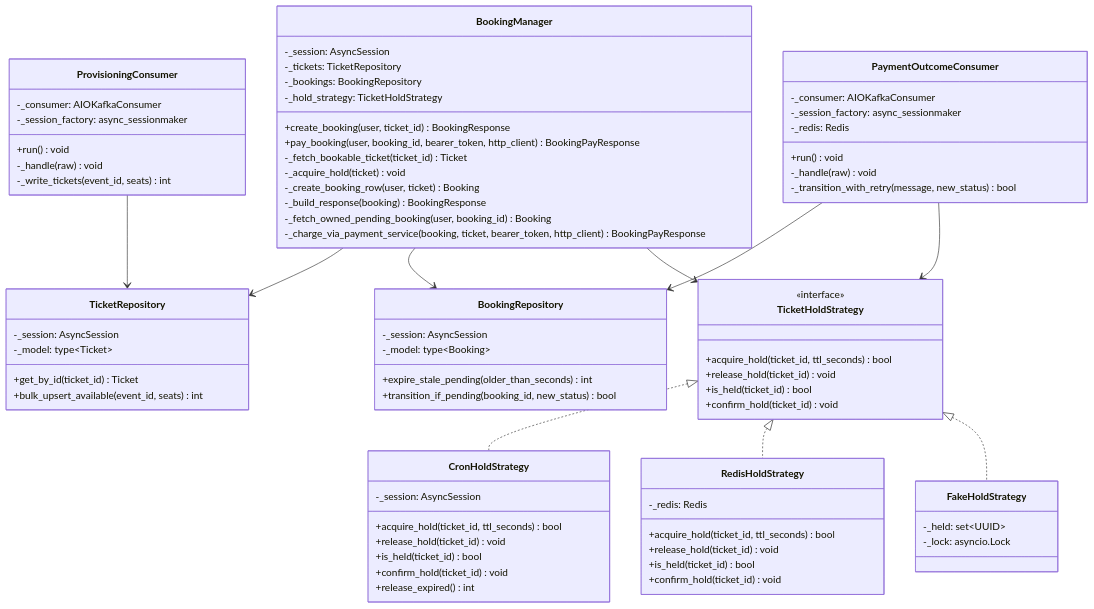
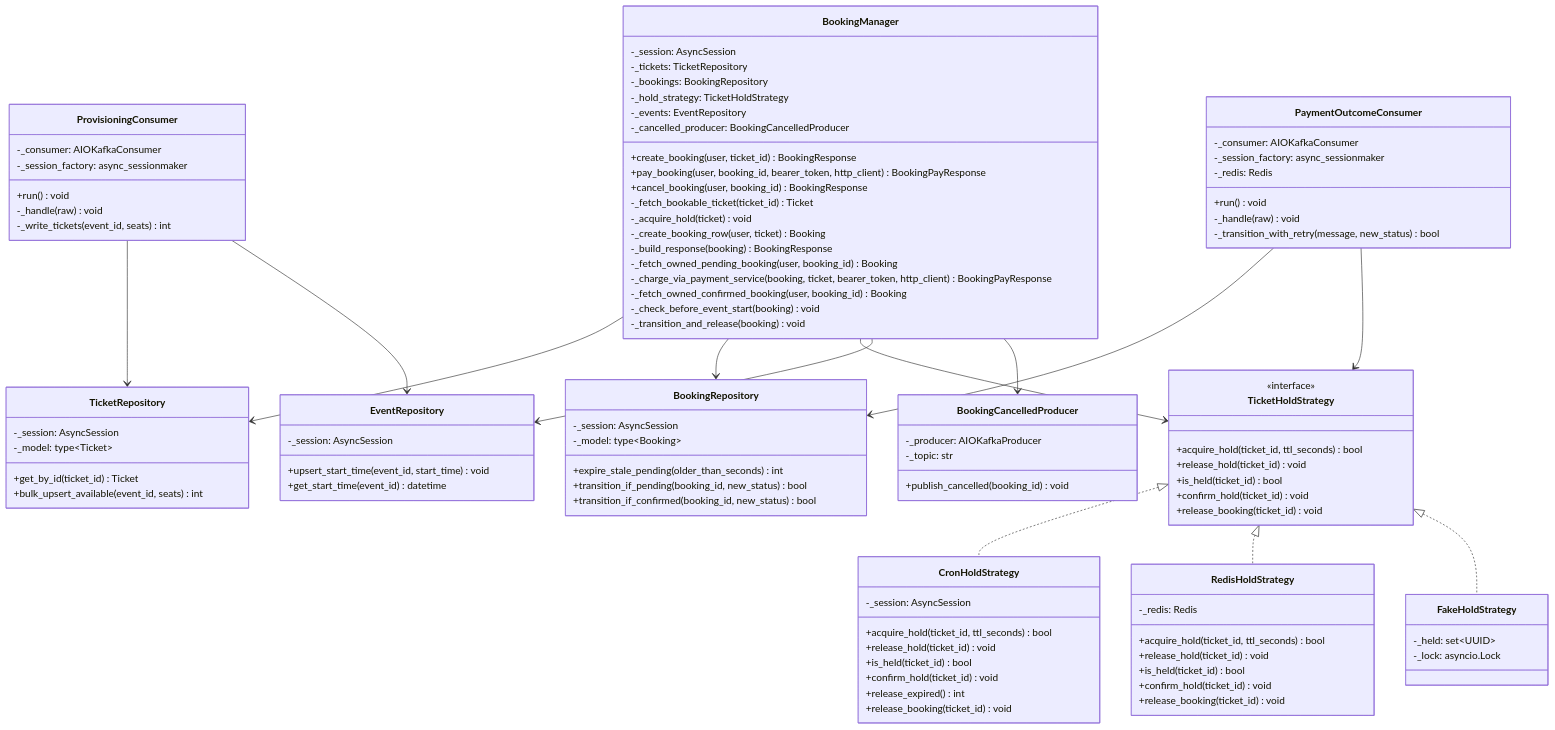
Before and after one commit to STRYKER316/event-ticketing-platform: the third of 4 diagrams in docs/report/class-diagrams.md, drawn with Mermaid. The commit also changed other lines of this file and 4 other files, not shown here.

Commit message:
docs: draft Phase 6 report chapters (requirement gathering, class diagrams, schema, testing strategy)

````diff
--- a/docs/report/class-diagrams.md
+++ b/docs/report/class-diagrams.md
@@ -197,14 +197,20 @@
         -_tickets: TicketRepository
         -_bookings: BookingRepository
         -_hold_strategy: TicketHoldStrategy
+        -_events: EventRepository
+        -_cancelled_producer: BookingCancelledProducer
         +create_booking(user, ticket_id) BookingResponse
         +pay_booking(user, booking_id, bearer_token, http_client) BookingPayResponse
+        +cancel_booking(user, booking_id) BookingResponse
         -_fetch_bookable_ticket(ticket_id) Ticket
         -_acquire_hold(ticket) void
         -_create_booking_row(user, ticket) Booking
         -_build_response(booking) BookingResponse
         -_fetch_owned_pending_booking(user, booking_id) Booking
         -_charge_via_payment_service(booking, ticket, bearer_token, http_client) BookingPayResponse
+        -_fetch_owned_confirmed_booking(user, booking_id) Booking
+        -_check_before_event_start(booking) void
+        -_transition_and_release(booking) void
     }
 
     class TicketRepository {
@@ -219,6 +225,19 @@
         -_model: type~Booking~
         +expire_stale_pending(older_than_seconds) int
         +transition_if_pending(booking_id, new_status) bool
+        +transition_if_confirmed(booking_id, new_status) bool
+    }
+
+    class EventRepository {
+        -_session: AsyncSession
+        +upsert_start_time(event_id, start_time) void
+        +get_start_time(event_id) datetime
+    }
+
+    class BookingCancelledProducer {
+        -_producer: AIOKafkaProducer
+        -_topic: str
+        +publish_cancelled(booking_id) void
     }
 
     class ProvisioningConsumer {
@@ -244,6 +263,7 @@
         +release_hold(ticket_id) void
         +is_held(ticket_id) bool
         +confirm_hold(ticket_id) void
+        +release_booking(ticket_id) void
     }
 
     class CronHoldStrategy {
@@ -253,6 +273,7 @@
         +is_held(ticket_id) bool
         +confirm_hold(ticket_id) void
         +release_expired() int
+        +release_booking(ticket_id) void
     }
 
     class RedisHoldStrategy {
@@ -261,6 +282,7 @@
         +release_hold(ticket_id) void
         +is_held(ticket_id) bool
         +confirm_hold(ticket_id) void
+        +release_booking(ticket_id) void
     }
 
     class FakeHoldStrategy {
@@ -275,7 +297,10 @@
     BookingManager --> TicketRepository
     BookingManager --> BookingRepository
     BookingManager --> TicketHoldStrategy
+    BookingManager --> EventRepository
+    BookingManager --> BookingCancelledProducer
     ProvisioningConsumer --> TicketRepository
+    ProvisioningConsumer --> EventRepository
     PaymentOutcomeConsumer --> BookingRepository
     PaymentOutcomeConsumer --> TicketHoldStrategy
 ```
````
